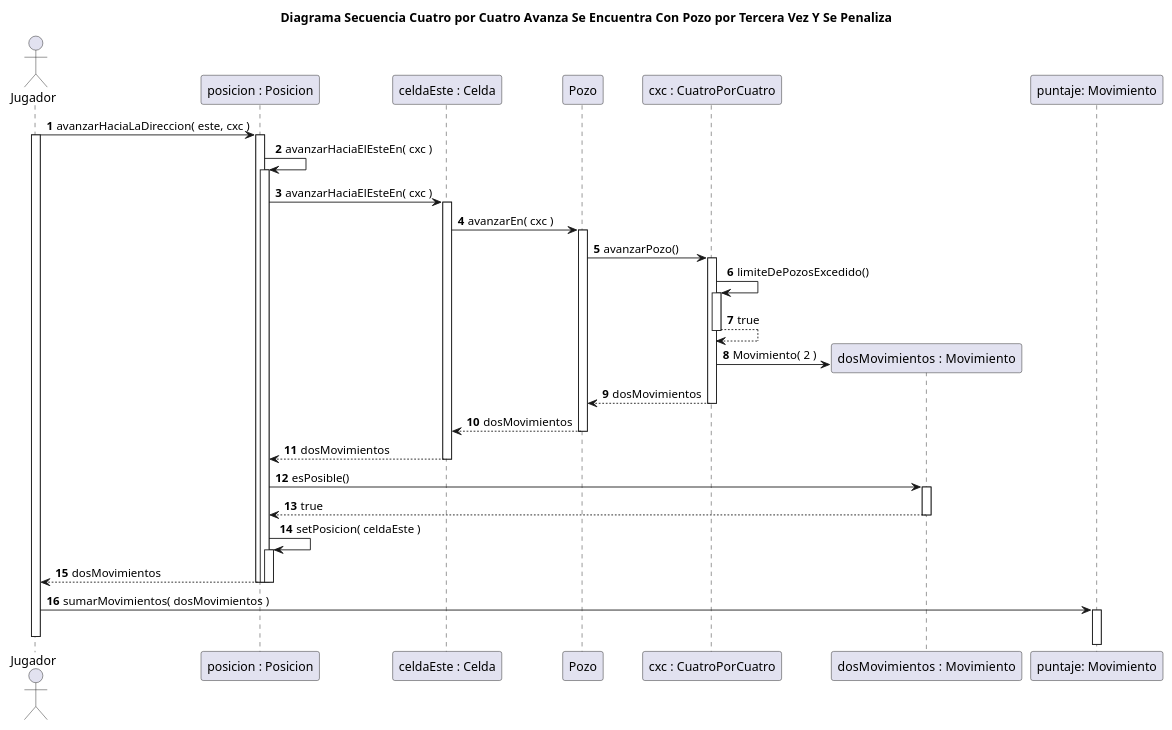
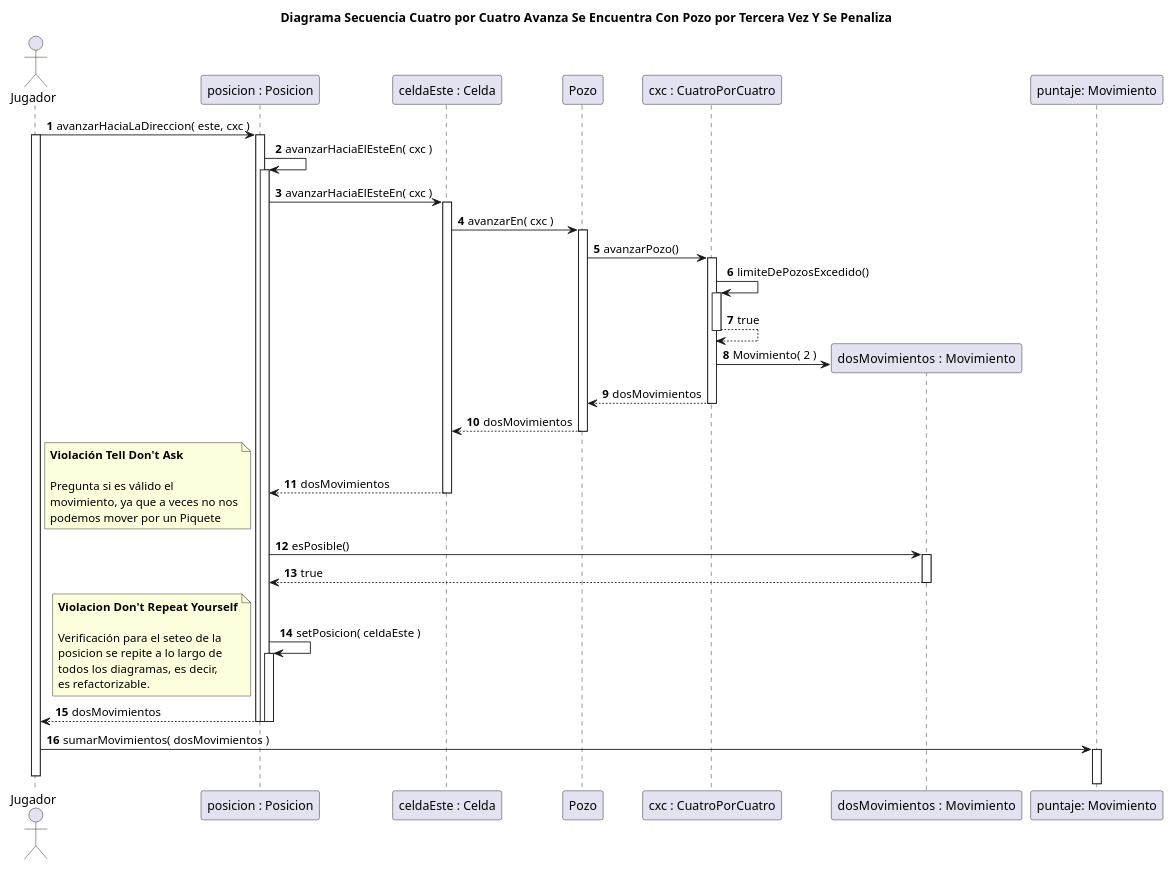
One commit to rodrigovzq/algo3_tp2 changed the diagram in diagrams/borradores/DiagramaSecuenciaCasoConPozo3VecesEnCuatroPorCuatro.puml. Above: the diagram before and after it, drawn with PlantUML. The commit also changed 5 other files, not shown here.

Commit message:
Agrego notas sobre lo qu hay que cambiar en los diagramas

```diff
--- a/diagrams/borradores/DiagramaSecuenciaCasoConPozo3VecesEnCuatroPorCuatro.puml
+++ b/diagrams/borradores/DiagramaSecuenciaCasoConPozo3VecesEnCuatroPorCuatro.puml
@@ -1,45 +1,56 @@
 @startuml
 title Diagrama Secuencia Cuatro por Cuatro Avanza Se Encuentra Con Pozo por Tercera Vez Y Se Penaliza
 
 autonumber
 
 actor Jugador
 
 Jugador -> "posicion : Posicion"++: avanzarHaciaLaDireccion( este, cxc )
 
 activate Jugador
 "posicion : Posicion" -> "posicion : Posicion"++: avanzarHaciaElEsteEn( cxc )
 "posicion : Posicion" -> "celdaEste : Celda"++: avanzarHaciaElEsteEn( cxc )
 
 "celdaEste : Celda" -> Pozo++: avanzarEn( cxc )
 Pozo -> "cxc : CuatroPorCuatro"++: avanzarPozo()
 "cxc : CuatroPorCuatro" -> "cxc : CuatroPorCuatro"++: limiteDePozosExcedido()
 "cxc : CuatroPorCuatro" --> "cxc : CuatroPorCuatro"--: true
 create "dosMovimientos  : Movimiento"
 "cxc : CuatroPorCuatro" -> "dosMovimientos  : Movimiento": Movimiento( 2 )
 "cxc : CuatroPorCuatro" --> Pozo: dosMovimientos
 deactivate "cxc : CuatroPorCuatro"
 Pozo --> "celdaEste : Celda": dosMovimientos
 deactivate Pozo
 "celdaEste : Celda" --> "posicion : Posicion": dosMovimientos
 deactivate "celdaEste : Celda"
 
-'Viola el TellDontAsk, pero no es la solucion final.
-'Es para chequear que el movimiento es posible, por ejemplo,
-'cuando queres pasar por un piquete con un auto. No debemos actualizar
-'la posicion, ya que no podemos avanzar.
+note left
+**Violación Tell Don't Ask**
 
-' Además planteado así, deberíamos hacerlo en cada metodo de avanzar
-'porque necesitamos saber que celda es nuestra proxima posicion.
+Pregunta si es válido el
+movimiento, ya que a veces no nos
+podemos mover por un Piquete
+end note
+
 "dosMovimientos  : Movimiento" <- "posicion : Posicion"++: esPosible()
 "dosMovimientos  : Movimiento" --> "posicion : Posicion": true
 deactivate "dosMovimientos  : Movimiento"
 
 "posicion : Posicion" -> "posicion : Posicion"++: setPosicion( celdaEste )
+
+note left
+**Violacion Don't Repeat Yourself**
+
+Verificación para el seteo de la
+posicion se repite a lo largo de
+todos los diagramas, es decir,
+es refactorizable.
+end note
+
 "posicion : Posicion" --> Jugador--: dosMovimientos
 deactivate "posicion : Posicion"
 deactivate "posicion : Posicion"
 Jugador -> "puntaje: Movimiento"++: sumarMovimientos( dosMovimientos )
 
 deactivate Jugador
 @enduml
```
